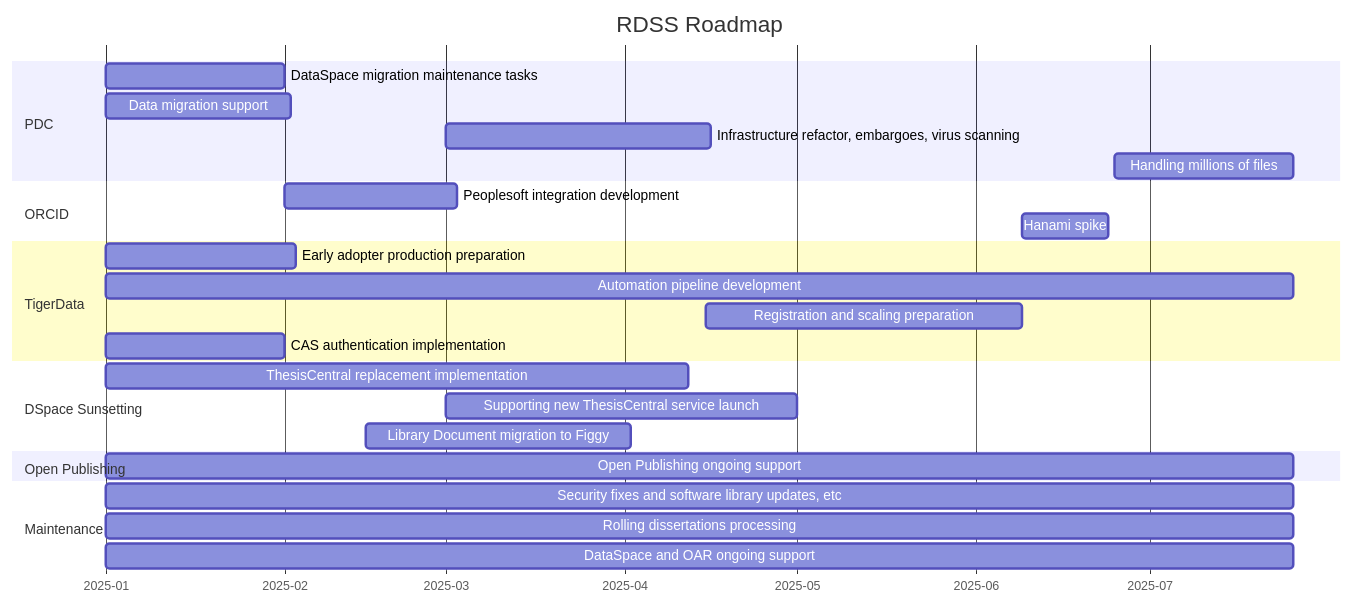
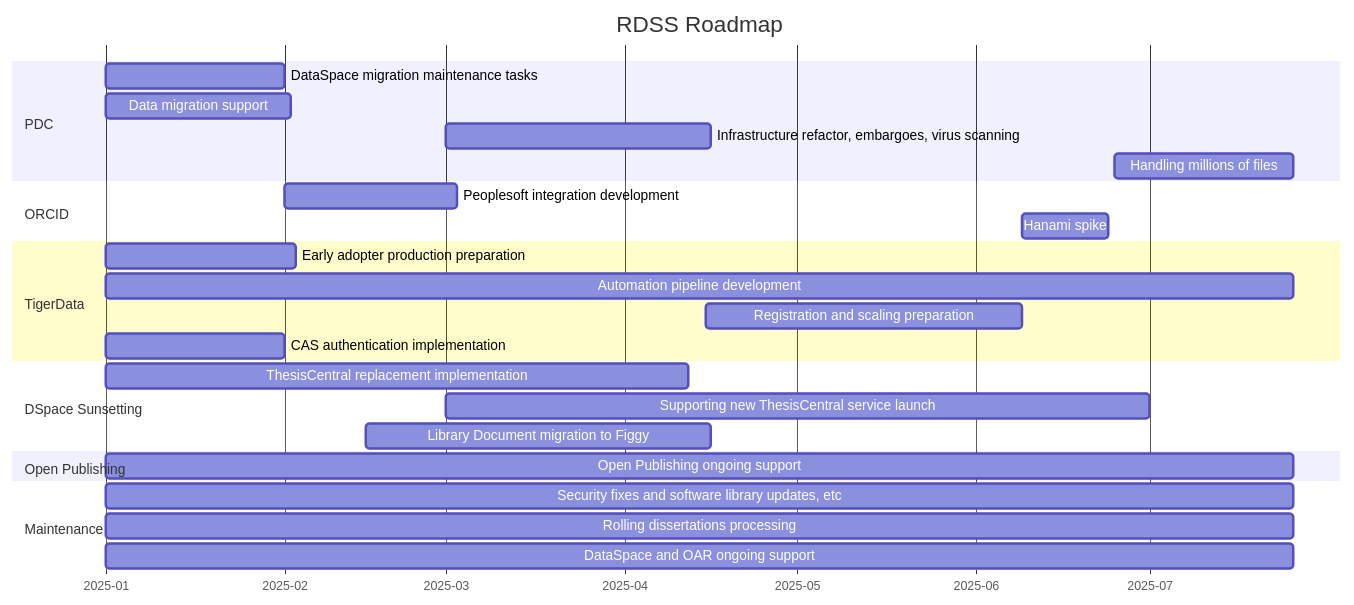
Before and after one commit to pulibrary/rdss-handbook: the diagram in roadmap.md, drawn with Mermaid.

Commit message:
Updated the roadmap per sprint wrap-up

````diff
--- a/roadmap.md
+++ b/roadmap.md
@@ -5,29 +5,29 @@
 ```mermaid
 gantt
     title RDSS Roadmap
     axisFormat  %Y-%m
     dateformat YYYY-MM
     section PDC
     DataSpace migration maintenance tasks: pd1,2025-01-01,31d
     Data migration support: pd2,2025-01-01,32d
     Infrastructure refactor, embargoes, virus scanning: pd3, 2025-03-01, 46d
     Handling millions of files: pd5, 2025-06-25, 31d
     section ORCID
     Peoplesoft integration development: or1,2025-02-01,30d
     Hanami spike: 2025-06-09, 15d
     section TigerData
     Early adopter production preparation: td1,2025-01-01,33d
     Automation pipeline development: td3,2025-01-01,206d 
     Registration and scaling preparation: td5, 2025-04-15,55d
     CAS authentication implementation: td4,2025-01-01,31d
     section DSpace Sunsetting
     ThesisCentral replacement implementation: dsps1,2025-01-01,101d
-    Supporting new ThesisCentral service launch: dsps2,2025-03-01,61d
-    Library Document migration to Figgy: dsps3,2025-02-15,46d
+    Supporting new ThesisCentral service launch: dsps2,2025-03-01,122d
+    Library Document migration to Figgy: dsps3,2025-02-15,60d
     section Open Publishing
     Open Publishing ongoing support: dsp3,2025-01-01,206d
     section Maintenance
     Security fixes and software library updates, etc: dsp1,2025-01-01,206d
     Rolling dissertations processing: dsp2,2025-01-01,206d
     DataSpace and OAR ongoing support: dsp3,2025-01-01,206d
 ```
````
